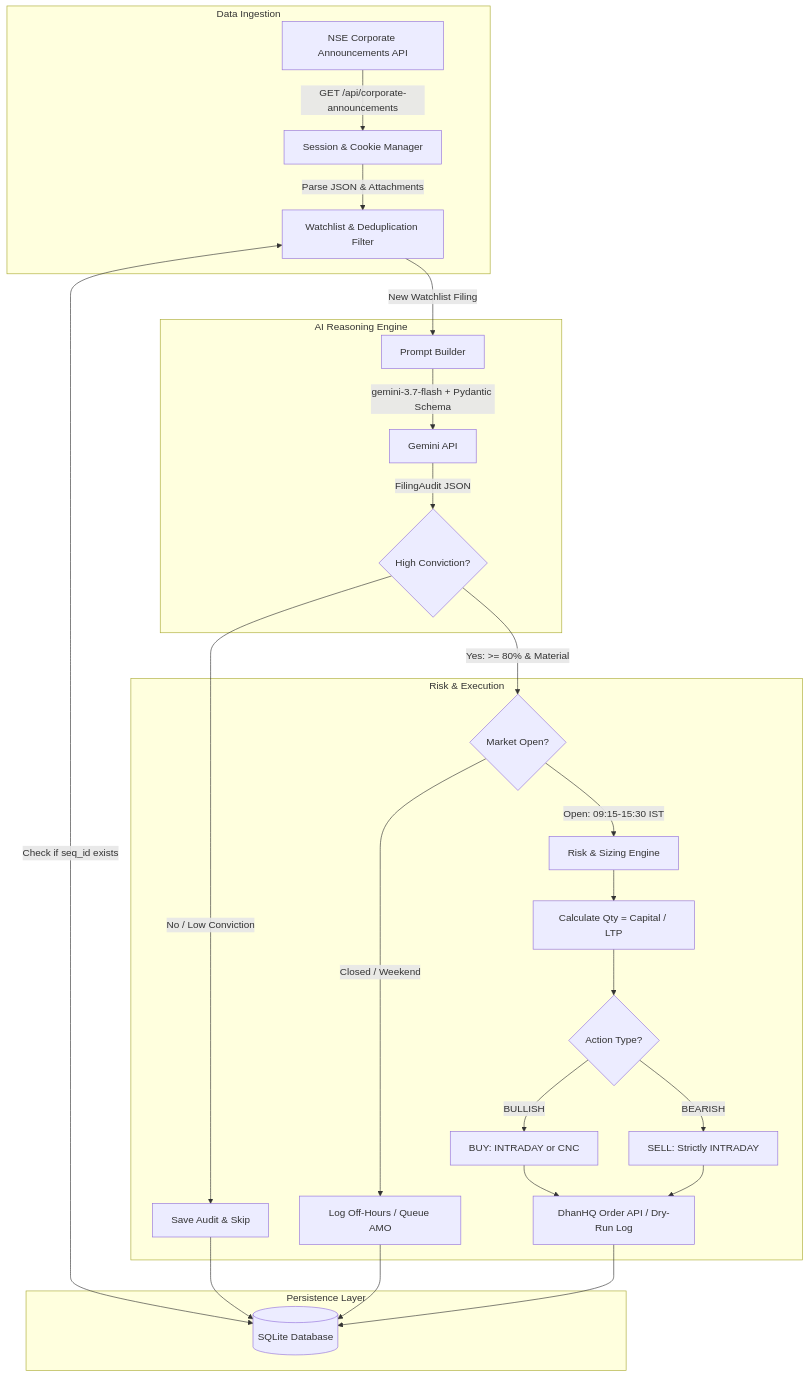
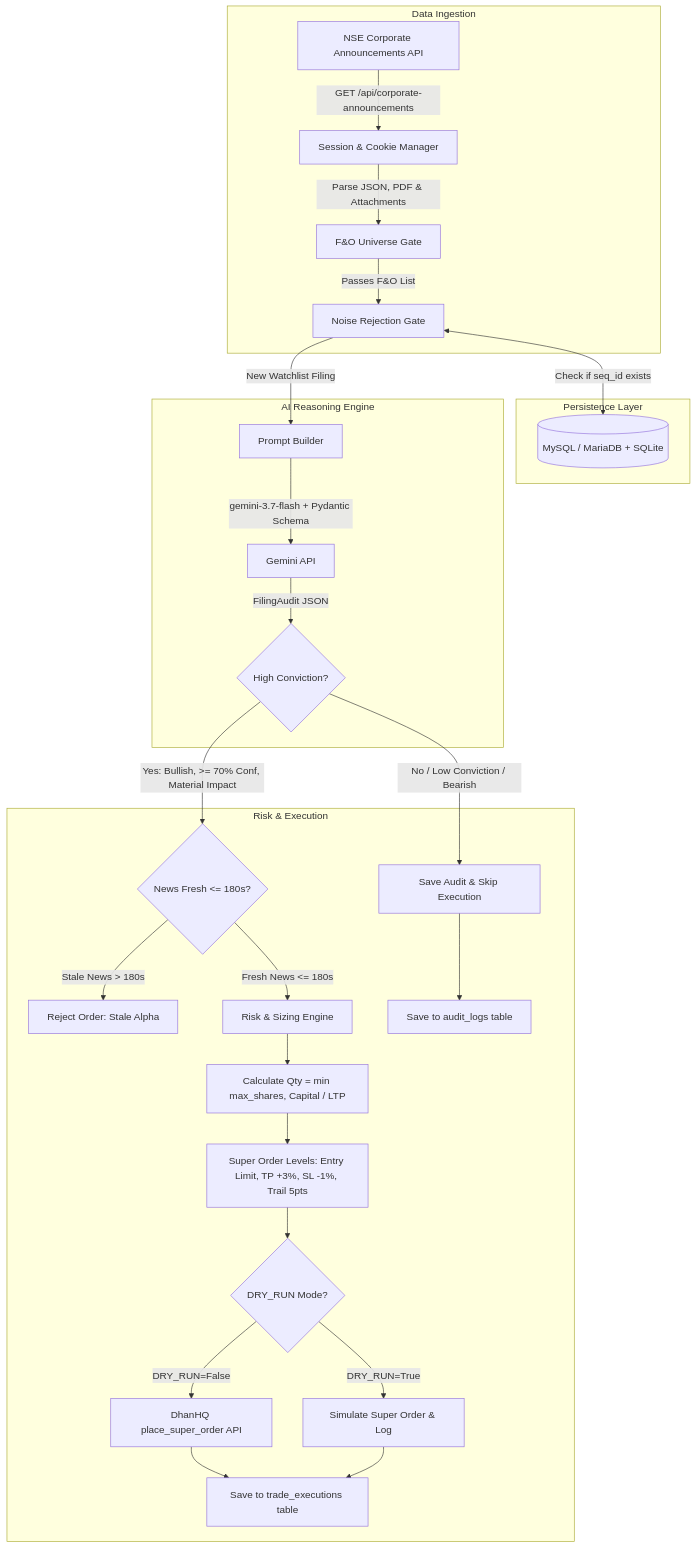
Before and after one commit to amitaucs/strategy_dhan_nse_news: the first of 2 diagrams in implementationPlan.md, drawn with Mermaid. The commit also changed other lines of this file and 8 other files, not shown here.

````diff
--- a/implementationPlan.md
+++ b/implementationPlan.md
@@ -9,36 +9,37 @@
 ```mermaid
 flowchart TD
     subgraph Data Ingestion
         NSE[NSE Corporate Announcements API] -->|GET /api/corporate-announcements| Session[Session & Cookie Manager]
-        Session -->|Parse JSON & Attachments| Filter[Watchlist & Deduplication Filter]
+        Session -->|Parse JSON, PDF & Attachments| FNOFilter[F&O Universe Gate]
+        FNOFilter -->|Passes F&O List| NoiseFilter[Noise Rejection Gate]
     end
 
     subgraph Persistence Layer
-        Filter <-->|Check if seq_id exists| DB[(SQLite Database)]
+        NoiseFilter <-->|Check if seq_id exists| DB[(MySQL / MariaDB + SQLite)]
     end
 
     subgraph AI Reasoning Engine
-        Filter -->|New Watchlist Filing| GeminiPrompt[Prompt Builder]
+        NoiseFilter -->|New Watchlist Filing| GeminiPrompt[Prompt Builder]
         GeminiPrompt -->|gemini-3.7-flash + Pydantic Schema| Gemini[Gemini API]
         Gemini -->|FilingAudit JSON| DecisionGate{High Conviction?}
     end
 
     subgraph Risk & Execution
-        DecisionGate -->|No / Low Conviction| LogSkip[Save Audit & Skip]
-        DecisionGate -->|Yes: >= 80% & Material| MarketGate{Market Open?}
+        DecisionGate -->|No / Low Conviction / Bearish| LogSkip[Save Audit & Skip Execution]
+        DecisionGate -->|Yes: Bullish, >= 70% Conf, Material Impact| StaleGate{News Fresh <= 180s?}
         
-        MarketGate -->|Closed / Weekend| QueueAMO[Log Off-Hours / Queue AMO]
-        MarketGate -->|Open: 09:15-15:30 IST| RiskEngine[Risk & Sizing Engine]
+        StaleGate -->|Stale News > 180s| RejectStale[Reject Order: Stale Alpha]
+        StaleGate -->|Fresh News <= 180s| RiskEngine[Risk & Sizing Engine]
         
-        RiskEngine --> Sizing[Calculate Qty = Capital / LTP]
-        Sizing --> ProdCheck{Action Type?}
-        ProdCheck -->|BULLISH| BuyOrder[BUY: INTRADAY or CNC]
-        ProdCheck -->|BEARISH| ShortOrder[SELL: Strictly INTRADAY]
+        RiskEngine --> Sizing[Calculate Qty = min max_shares, Capital / LTP]
+        Sizing --> SuperOrder[Super Order Levels: Entry Limit, TP +3%, SL -1%, Trail 5pts]
         
-        BuyOrder --> DhanAPI[DhanHQ Order API / Dry-Run Log]
-        ShortOrder --> DhanAPI
-        DhanAPI --> DB
-        LogSkip --> DB
-        QueueAMO --> DB
+        SuperOrder --> DryRunCheck{DRY_RUN Mode?}
+        DryRunCheck -->|DRY_RUN=True| PaperLog[Simulate Super Order & Log]
+        DryRunCheck -->|DRY_RUN=False| DhanAPI[DhanHQ place_super_order API]
+        
+        DhanAPI --> DBTrades[Save to trade_executions table]
+        PaperLog --> DBTrades
+        LogSkip --> DBAudit[Save to audit_logs table]
     end
 ```
````
